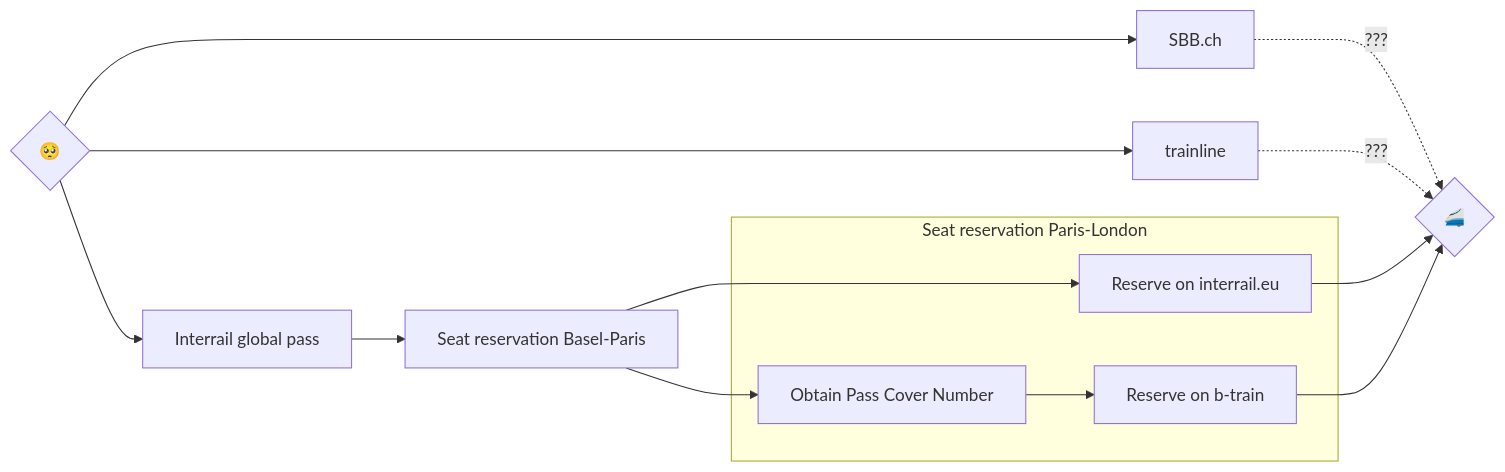
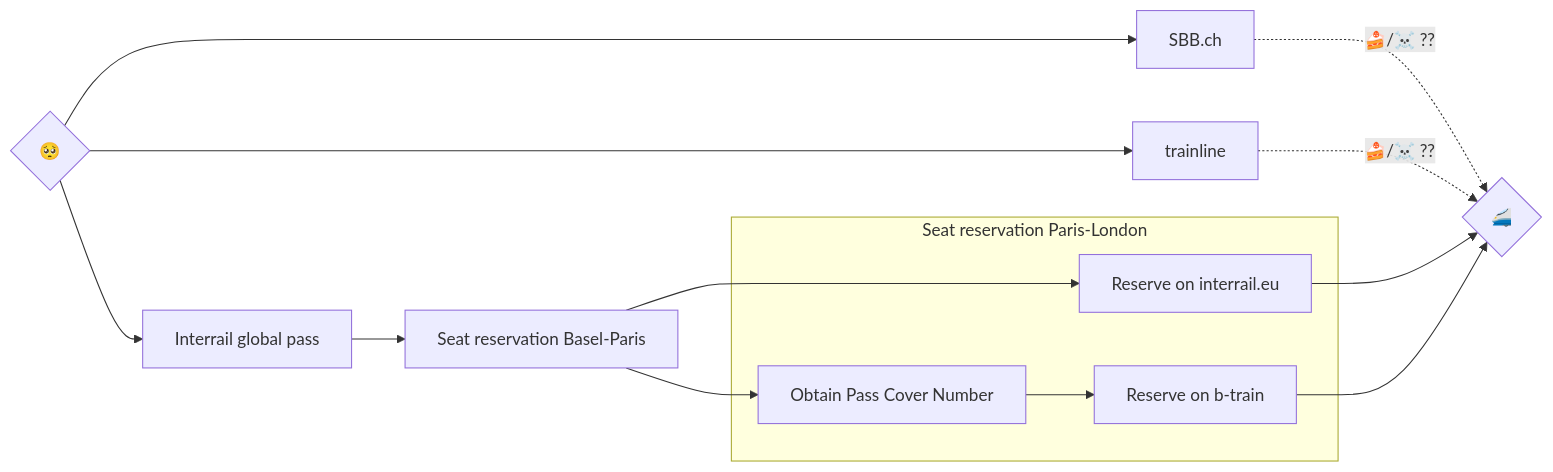
One commit to chaoran-chen/basel-london-by-train changed the diagram in README.md. Above: the diagram before and after it, drawn with Mermaid.

````diff
--- a/README.md
+++ b/README.md
@@ -3,27 +3,27 @@
 ```mermaid
 flowchart LR
     start{"🥺"}
     sbb[SBB.ch]
     trainline[trainline]
     interrail_pass[Interrail global pass]
     seat1["Seat reservation Basel-Paris"]
     target{"🚄"}
     
     subgraph Seat reservation Paris-London
       seat2_interrail["Reserve on interrail.eu"]
       pass_cover_number["Obtain Pass Cover Number"]
       seat2_beurope["Reserve on b-train"]
     end
     
     start --> sbb
-    sbb -. ??? .-> target   
+    sbb -. "🍰/☠️ ??" .-> target   
     start --> trainline
-    trainline -. ??? .-> target
+    trainline -. "🍰/☠️ ??" .-> target
     start --> interrail_pass
     interrail_pass --> seat1
     seat1 --> seat2_interrail
     seat1 --> pass_cover_number
     pass_cover_number --> seat2_beurope
     seat2_interrail --> target
     seat2_beurope --> target
 ```
````
